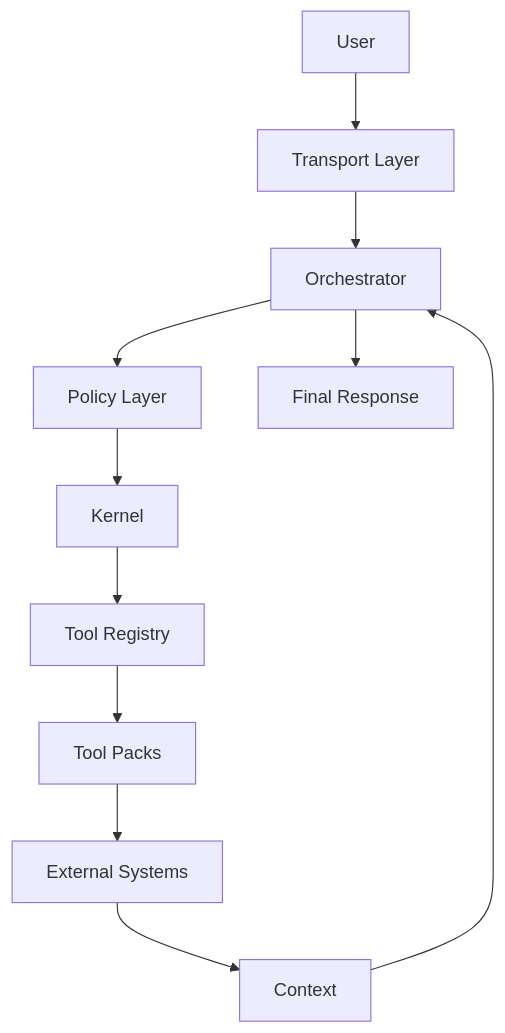
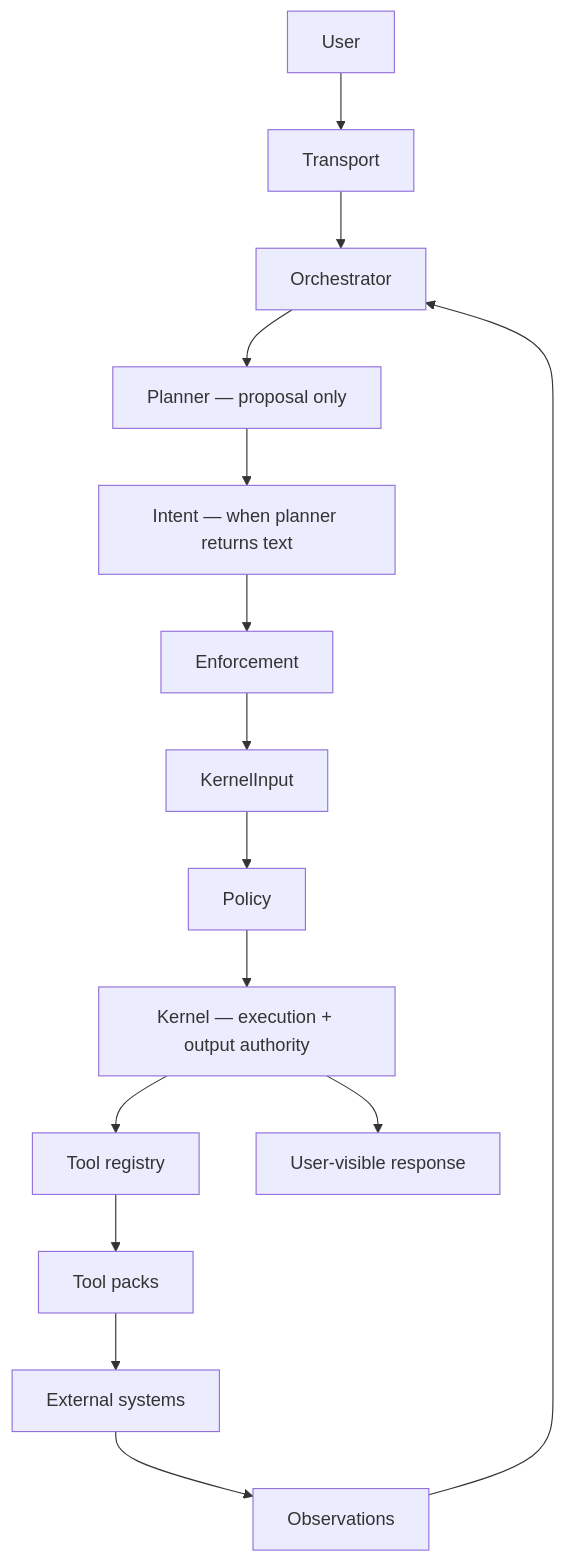
One commit to johntmunger/ai-control-plane changed the diagram in ARCHITECTURE.md. Above: the diagram before and after it, drawn with Mermaid. The commit also changed other lines of this file and 12 other files, not shown here.

Commit message:
docs: intent, enforcement, kernel boundary; changelog v0.4; diagram + transport alignment

````diff
--- a/ARCHITECTURE.md
+++ b/ARCHITECTURE.md
@@ -33,13 +37,17 @@
 ```mermaid
 flowchart TD
-    A[User] --> B[Transport Layer]
-    B --> C[Orchestrator]
-    C --> D[Policy Layer]
-    D --> E[Kernel]
-    E --> F[Tool Registry]
-    F --> G[Tool Packs]
-    G --> H[External Systems]
-    H --> I[Context]
-    I --> C
-    C --> J[Final Response]
+    A[User] --> B[Transport]
+    B --> O[Orchestrator]
+    O --> P[Planner — proposal only]
+    P --> IC[Intent — when planner returns text]
+    IC --> EN[Enforcement]
+    EN --> KI[KernelInput]
+    KI --> D[Policy]
+    D --> E[Kernel — execution + output authority]
+    E --> F[Tool registry]
+    F --> G[Tool packs]
+    G --> H[External systems]
+    H --> OBS[Observations]
+    OBS --> O
+    E --> R[User-visible response]
 ```
````
